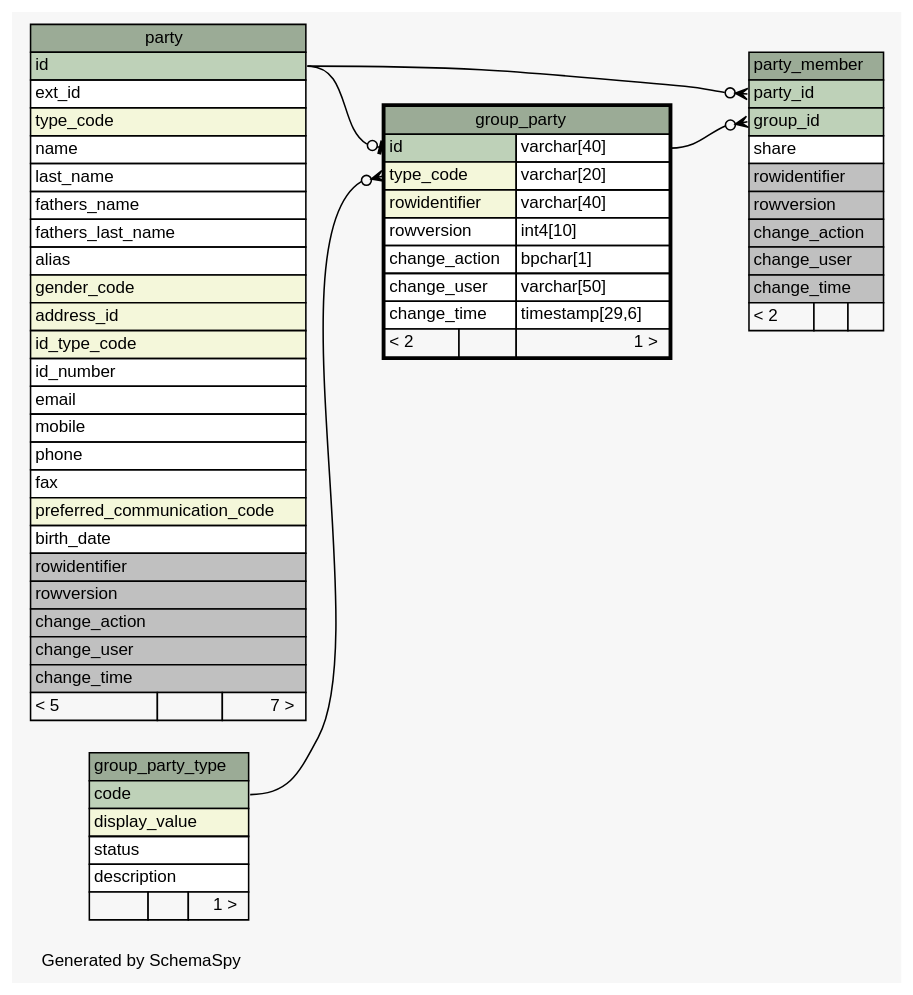
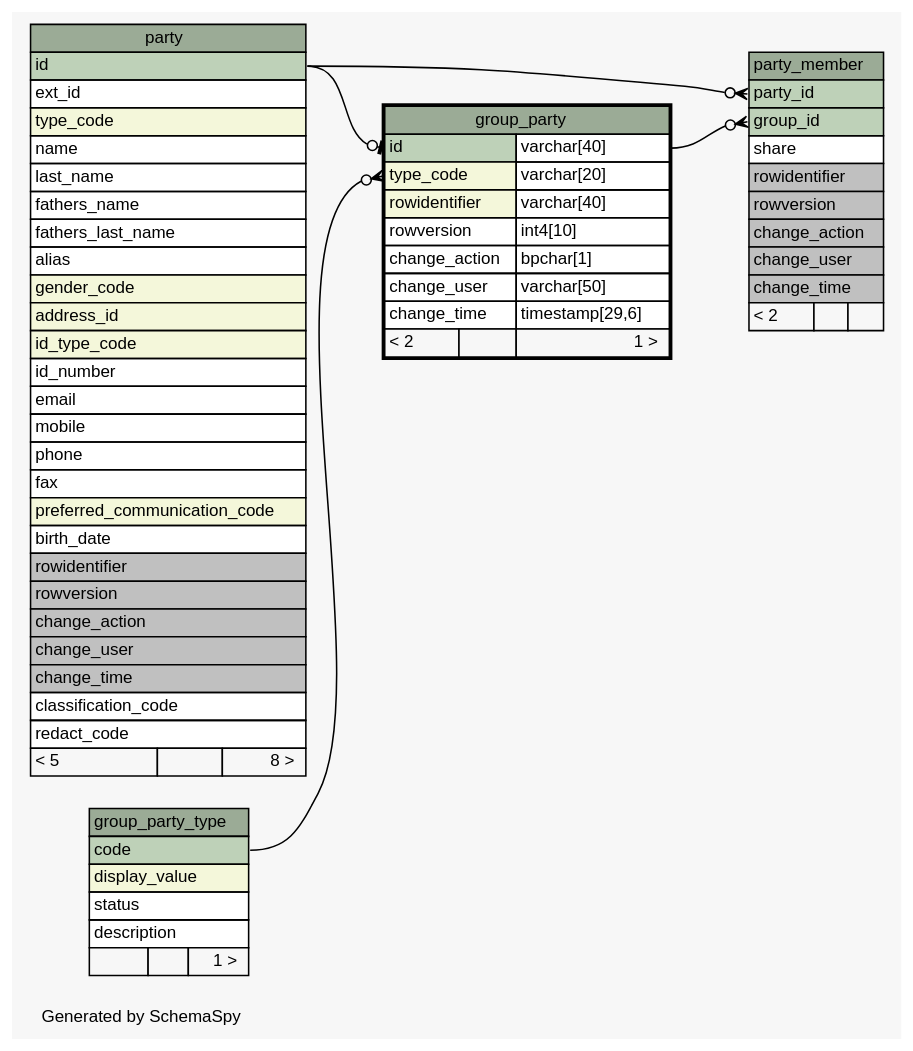
Before and after one commit to SOLA-FAO/database_sola: the diagram in doc/party/diagrams/group_party.1degree.dot, drawn with Graphviz. The commit also changed 615 other files, not shown here.

```diff
--- a/doc/party/diagrams/group_party.1degree.dot
+++ b/doc/party/diagrams/group_party.1degree.dot
@@ -1,104 +1,106 @@
 // dot 2.36.0 on Windows 7 6.1
 // SchemaSpy rev 590
 digraph "oneDegreeRelationshipsDiagram" {
   graph [
     rankdir="RL"
     bgcolor="#f7f7f7"
     label="\nGenerated by SchemaSpy"
     labeljust="l"
     nodesep="0.18"
     ranksep="0.46"
     fontname="Helvetica"
     fontsize="11"
   ];
   node [
     fontname="Helvetica"
     fontsize="11"
     shape="plaintext"
   ];
   edge [
     arrowsize="0.8"
   ];
   "group_party":"id":w -> "party":"id":e [arrowhead=none dir=back arrowtail=teeodot];
   "group_party":"type_code":w -> "group_party_type":"code":e [arrowhead=none dir=back arrowtail=crowodot];
   "party_member":"group_id":w -> "group_party":"id.type":e [arrowhead=none dir=back arrowtail=crowodot];
   "party_member":"party_id":w -> "party":"id":e [arrowhead=none dir=back arrowtail=crowodot];
   "group_party" [
     label=<
     <TABLE BORDER="2" CELLBORDER="1" CELLSPACING="0" BGCOLOR="#ffffff">
       <TR><TD COLSPAN="3" BGCOLOR="#9bab96" ALIGN="CENTER">group_party</TD></TR>
       <TR><TD PORT="id" COLSPAN="2" BGCOLOR="#bed1b8" ALIGN="LEFT">id</TD><TD PORT="id.type" ALIGN="LEFT">varchar[40]</TD></TR>
       <TR><TD PORT="type_code" COLSPAN="2" BGCOLOR="#f4f7da" ALIGN="LEFT">type_code</TD><TD PORT="type_code.type" ALIGN="LEFT">varchar[20]</TD></TR>
       <TR><TD PORT="rowidentifier" COLSPAN="2" BGCOLOR="#f4f7da" ALIGN="LEFT">rowidentifier</TD><TD PORT="rowidentifier.type" ALIGN="LEFT">varchar[40]</TD></TR>
       <TR><TD PORT="rowversion" COLSPAN="2" ALIGN="LEFT">rowversion</TD><TD PORT="rowversion.type" ALIGN="LEFT">int4[10]</TD></TR>
       <TR><TD PORT="change_action" COLSPAN="2" ALIGN="LEFT">change_action</TD><TD PORT="change_action.type" ALIGN="LEFT">bpchar[1]</TD></TR>
       <TR><TD PORT="change_user" COLSPAN="2" ALIGN="LEFT">change_user</TD><TD PORT="change_user.type" ALIGN="LEFT">varchar[50]</TD></TR>
       <TR><TD PORT="change_time" COLSPAN="2" ALIGN="LEFT">change_time</TD><TD PORT="change_time.type" ALIGN="LEFT">timestamp[29,6]</TD></TR>
       <TR><TD ALIGN="LEFT" BGCOLOR="#f7f7f7">&lt; 2</TD><TD ALIGN="RIGHT" BGCOLOR="#f7f7f7">  </TD><TD ALIGN="RIGHT" BGCOLOR="#f7f7f7">1 &gt;</TD></TR>
     </TABLE>>
     URL="group_party.html"
     tooltip="group_party"
   ];
   "group_party_type" [
     label=<
     <TABLE BORDER="0" CELLBORDER="1" CELLSPACING="0" BGCOLOR="#ffffff">
       <TR><TD COLSPAN="3" BGCOLOR="#9bab96" ALIGN="CENTER">group_party_type</TD></TR>
       <TR><TD PORT="code" COLSPAN="3" BGCOLOR="#bed1b8" ALIGN="LEFT">code</TD></TR>
       <TR><TD PORT="display_value" COLSPAN="3" BGCOLOR="#f4f7da" ALIGN="LEFT">display_value</TD></TR>
       <TR><TD PORT="status" COLSPAN="3" ALIGN="LEFT">status</TD></TR>
       <TR><TD PORT="description" COLSPAN="3" ALIGN="LEFT">description</TD></TR>
       <TR><TD ALIGN="LEFT" BGCOLOR="#f7f7f7">  </TD><TD ALIGN="RIGHT" BGCOLOR="#f7f7f7">  </TD><TD ALIGN="RIGHT" BGCOLOR="#f7f7f7">1 &gt;</TD></TR>
     </TABLE>>
     URL="group_party_type.html"
     tooltip="group_party_type"
   ];
   "party" [
     label=<
     <TABLE BORDER="0" CELLBORDER="1" CELLSPACING="0" BGCOLOR="#ffffff">
       <TR><TD COLSPAN="3" BGCOLOR="#9bab96" ALIGN="CENTER">party</TD></TR>
       <TR><TD PORT="id" COLSPAN="3" BGCOLOR="#bed1b8" ALIGN="LEFT">id</TD></TR>
       <TR><TD PORT="ext_id" COLSPAN="3" ALIGN="LEFT">ext_id</TD></TR>
       <TR><TD PORT="type_code" COLSPAN="3" BGCOLOR="#f4f7da" ALIGN="LEFT">type_code</TD></TR>
       <TR><TD PORT="name" COLSPAN="3" ALIGN="LEFT">name</TD></TR>
       <TR><TD PORT="last_name" COLSPAN="3" ALIGN="LEFT">last_name</TD></TR>
       <TR><TD PORT="fathers_name" COLSPAN="3" ALIGN="LEFT">fathers_name</TD></TR>
       <TR><TD PORT="fathers_last_name" COLSPAN="3" ALIGN="LEFT">fathers_last_name</TD></TR>
       <TR><TD PORT="alias" COLSPAN="3" ALIGN="LEFT">alias</TD></TR>
       <TR><TD PORT="gender_code" COLSPAN="3" BGCOLOR="#f4f7da" ALIGN="LEFT">gender_code</TD></TR>
       <TR><TD PORT="address_id" COLSPAN="3" BGCOLOR="#f4f7da" ALIGN="LEFT">address_id</TD></TR>
       <TR><TD PORT="id_type_code" COLSPAN="3" BGCOLOR="#f4f7da" ALIGN="LEFT">id_type_code</TD></TR>
       <TR><TD PORT="id_number" COLSPAN="3" ALIGN="LEFT">id_number</TD></TR>
       <TR><TD PORT="email" COLSPAN="3" ALIGN="LEFT">email</TD></TR>
       <TR><TD PORT="mobile" COLSPAN="3" ALIGN="LEFT">mobile</TD></TR>
       <TR><TD PORT="phone" COLSPAN="3" ALIGN="LEFT">phone</TD></TR>
       <TR><TD PORT="fax" COLSPAN="3" ALIGN="LEFT">fax</TD></TR>
       <TR><TD PORT="preferred_communication_code" COLSPAN="3" BGCOLOR="#f4f7da" ALIGN="LEFT">preferred_communication_code</TD></TR>
       <TR><TD PORT="birth_date" COLSPAN="3" ALIGN="LEFT">birth_date</TD></TR>
       <TR><TD PORT="rowidentifier" COLSPAN="3" BGCOLOR="#c0c0c0" ALIGN="LEFT">rowidentifier</TD></TR>
       <TR><TD PORT="rowversion" COLSPAN="3" BGCOLOR="#c0c0c0" ALIGN="LEFT">rowversion</TD></TR>
       <TR><TD PORT="change_action" COLSPAN="3" BGCOLOR="#c0c0c0" ALIGN="LEFT">change_action</TD></TR>
       <TR><TD PORT="change_user" COLSPAN="3" BGCOLOR="#c0c0c0" ALIGN="LEFT">change_user</TD></TR>
       <TR><TD PORT="change_time" COLSPAN="3" BGCOLOR="#c0c0c0" ALIGN="LEFT">change_time</TD></TR>
-      <TR><TD ALIGN="LEFT" BGCOLOR="#f7f7f7">&lt; 5</TD><TD ALIGN="RIGHT" BGCOLOR="#f7f7f7">  </TD><TD ALIGN="RIGHT" BGCOLOR="#f7f7f7">7 &gt;</TD></TR>
+      <TR><TD PORT="classification_code" COLSPAN="3" ALIGN="LEFT">classification_code</TD></TR>
+      <TR><TD PORT="redact_code" COLSPAN="3" ALIGN="LEFT">redact_code</TD></TR>
+      <TR><TD ALIGN="LEFT" BGCOLOR="#f7f7f7">&lt; 5</TD><TD ALIGN="RIGHT" BGCOLOR="#f7f7f7">  </TD><TD ALIGN="RIGHT" BGCOLOR="#f7f7f7">8 &gt;</TD></TR>
     </TABLE>>
     URL="party.html"
     tooltip="party"
   ];
   "party_member" [
     label=<
     <TABLE BORDER="0" CELLBORDER="1" CELLSPACING="0" BGCOLOR="#ffffff">
       <TR><TD COLSPAN="3" BGCOLOR="#9bab96" ALIGN="CENTER">party_member</TD></TR>
       <TR><TD PORT="party_id" COLSPAN="3" BGCOLOR="#bed1b8" ALIGN="LEFT">party_id</TD></TR>
       <TR><TD PORT="group_id" COLSPAN="3" BGCOLOR="#bed1b8" ALIGN="LEFT">group_id</TD></TR>
       <TR><TD PORT="share" COLSPAN="3" ALIGN="LEFT">share</TD></TR>
       <TR><TD PORT="rowidentifier" COLSPAN="3" BGCOLOR="#c0c0c0" ALIGN="LEFT">rowidentifier</TD></TR>
       <TR><TD PORT="rowversion" COLSPAN="3" BGCOLOR="#c0c0c0" ALIGN="LEFT">rowversion</TD></TR>
       <TR><TD PORT="change_action" COLSPAN="3" BGCOLOR="#c0c0c0" ALIGN="LEFT">change_action</TD></TR>
       <TR><TD PORT="change_user" COLSPAN="3" BGCOLOR="#c0c0c0" ALIGN="LEFT">change_user</TD></TR>
       <TR><TD PORT="change_time" COLSPAN="3" BGCOLOR="#c0c0c0" ALIGN="LEFT">change_time</TD></TR>
       <TR><TD ALIGN="LEFT" BGCOLOR="#f7f7f7">&lt; 2</TD><TD ALIGN="RIGHT" BGCOLOR="#f7f7f7">  </TD><TD ALIGN="RIGHT" BGCOLOR="#f7f7f7">  </TD></TR>
     </TABLE>>
     URL="party_member.html"
     tooltip="party_member"
   ];
 }
```
